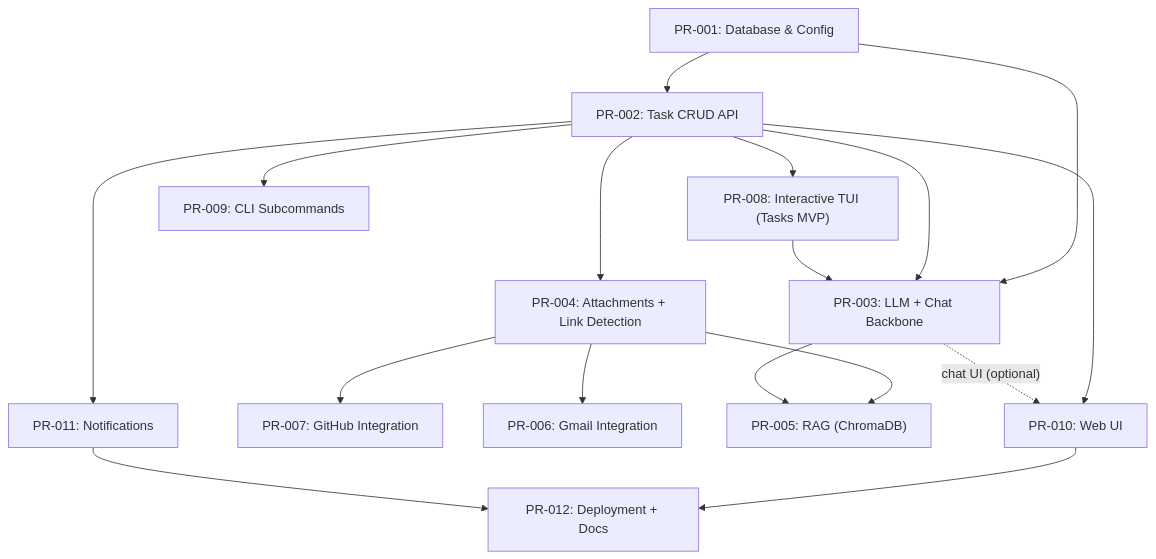
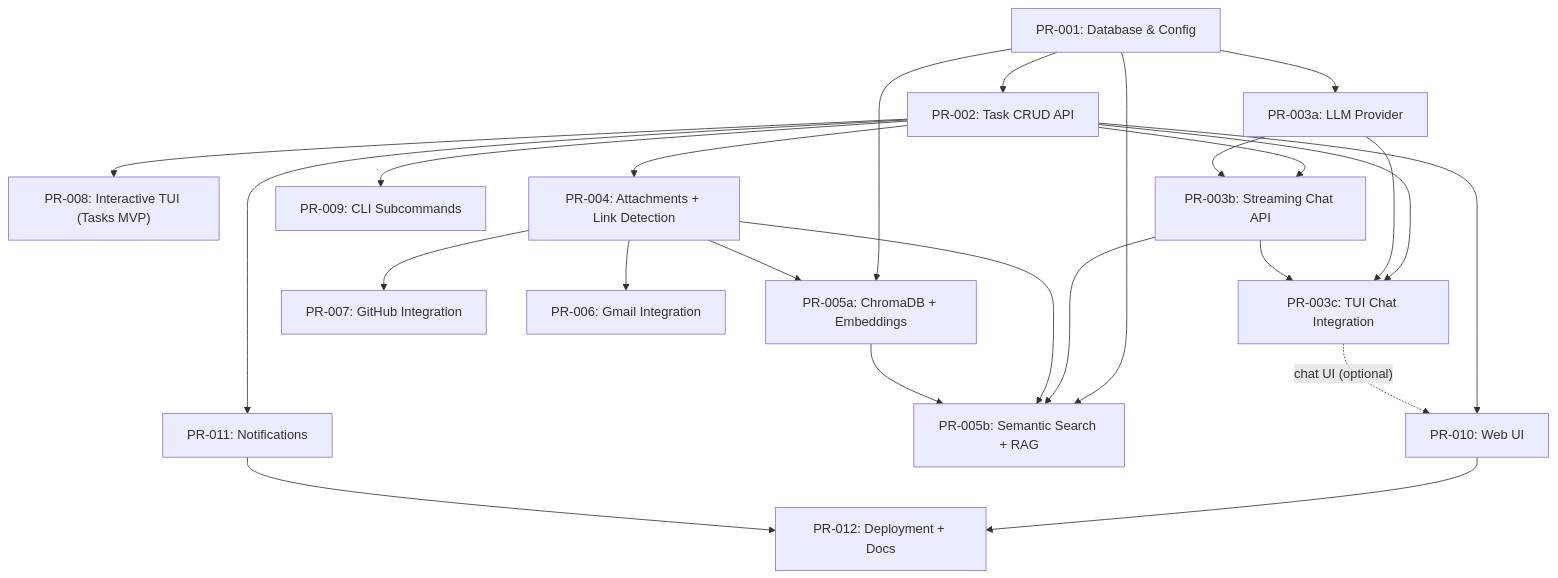
One commit to raychrisgdp/taskgenie changed the diagram in docs/02-implementation/PR-PLANS.md. Above: the diagram before and after it, drawn with Mermaid. The commit also changed other lines of this file and 35 other files, not shown here.

````diff
--- a/docs/02-implementation/PR-PLANS.md
+++ b/docs/02-implementation/PR-PLANS.md
@@ -55,32 +58,42 @@
 ```mermaid
 flowchart TD
   PR001["PR-001: Database & Config"]
   PR002["PR-002: Task CRUD API"]
   PR008["PR-008: Interactive TUI (Tasks MVP)"]
-  PR003["PR-003: LLM + Chat Backbone"]
+  PR003a["PR-003a: LLM Provider"]
+  PR003b["PR-003b: Streaming Chat API"]
+  PR003c["PR-003c: TUI Chat Integration"]
   PR009["PR-009: CLI Subcommands"]
   PR004["PR-004: Attachments + Link Detection"]
   PR011["PR-011: Notifications"]
   PR007["PR-007: GitHub Integration"]
   PR006["PR-006: Gmail Integration"]
-  PR005["PR-005: RAG (ChromaDB)"]
+  PR005a["PR-005a: ChromaDB + Embeddings"]
+  PR005b["PR-005b: Semantic Search + RAG"]
   PR010["PR-010: Web UI"]
   PR012["PR-012: Deployment + Docs"]
 
   PR001 --> PR002
   PR002 --> PR008
-  PR001 --> PR003
-  PR002 --> PR003
-  PR008 --> PR003
+  PR001 --> PR003a
+  PR002 --> PR003b
+  PR003a --> PR003b
+  PR002 --> PR003c
+  PR003a --> PR003c
+  PR003b --> PR003c
   PR002 --> PR009
   PR002 --> PR004
   PR004 --> PR007
   PR004 --> PR006
+  PR001 --> PR005a
+  PR004 --> PR005a
   PR002 --> PR011
-  PR004 --> PR005
-  PR003 --> PR005
+  PR001 --> PR005b
+  PR003b --> PR005b
+  PR004 --> PR005b
+  PR005a --> PR005b
   PR002 --> PR010
-  PR003 -. "chat UI (optional)" .-> PR010
+  PR003c -. "chat UI (optional)" .-> PR010
   PR010 --> PR012
   PR011 --> PR012
 ```
````
